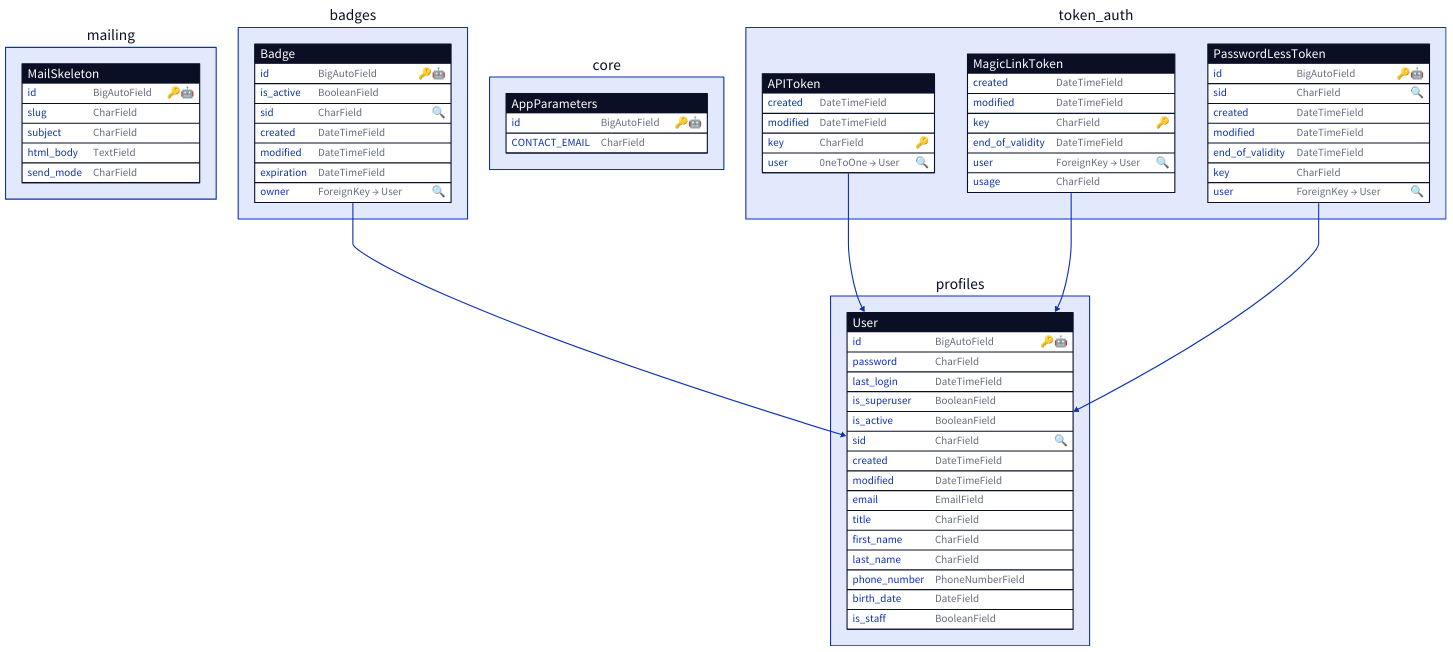
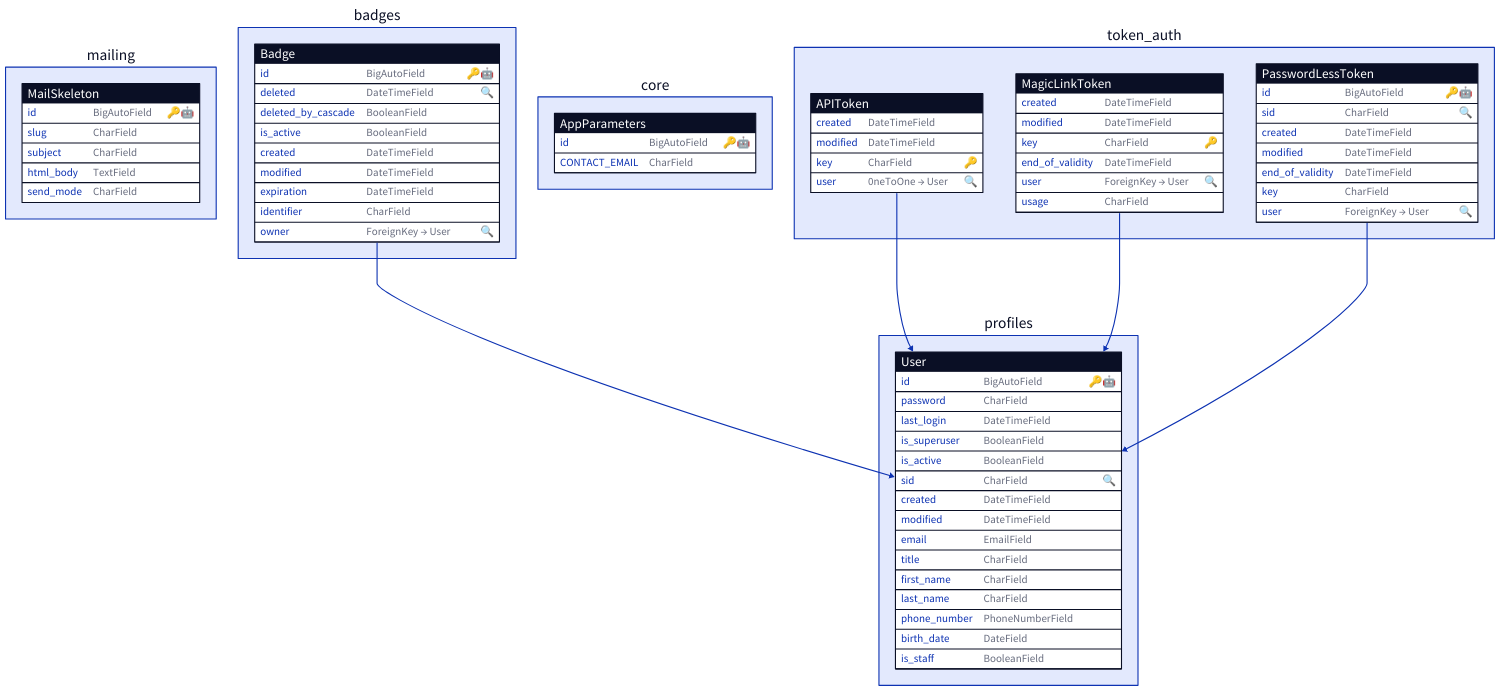
One commit to ddahan/mason-dj changed the diagram in docs/diagram.d2. Above: the diagram before and after it, drawn with D2. The commit also changed 24 other files, not shown here.

```diff
--- a/docs/diagram.d2
+++ b/docs/diagram.d2
@@ -1,86 +1,88 @@
 profiles: {
   User: {
     shape: sql_table
     id: BigAutoField {constraint: 🔑🤖}
     password: CharField 
     last_login: DateTimeField 
     is_superuser: BooleanField 
     is_active: BooleanField 
     sid: CharField {constraint: 🔍}
     created: DateTimeField 
     modified: DateTimeField 
     email: EmailField 
     title: CharField 
     first_name: CharField 
     last_name: CharField 
     phone_number: PhoneNumberField 
     birth_date: DateField 
     is_staff: BooleanField 
   }
   shape: rectangle
 }
 mailing: {
   MailSkeleton: {
     shape: sql_table
     id: BigAutoField {constraint: 🔑🤖}
     slug: CharField 
     subject: CharField 
     html_body: TextField 
     send_mode: CharField 
   }
   shape: rectangle
 }
 badges: {
   Badge: {
     shape: sql_table
     id: BigAutoField {constraint: 🔑🤖}
+    deleted: DateTimeField {constraint: 🔍}
+    deleted_by_cascade: BooleanField 
     is_active: BooleanField 
-    sid: CharField {constraint: 🔍}
     created: DateTimeField 
     modified: DateTimeField 
     expiration: DateTimeField 
+    identifier: CharField 
     owner: ForeignKey → User {constraint: 🔍}
   }
   shape: rectangle
 }
 core: {
   AppParameters: {
     shape: sql_table
     id: BigAutoField {constraint: 🔑🤖}
     CONTACT_EMAIL: CharField 
   }
   shape: rectangle
 }
 token_auth: {
   APIToken: {
     shape: sql_table
     created: DateTimeField 
     modified: DateTimeField 
     key: CharField {constraint: 🔑}
     user: 0neToOne → User {constraint: 🔍}
   }
   MagicLinkToken: {
     shape: sql_table
     created: DateTimeField 
     modified: DateTimeField 
     key: CharField {constraint: 🔑}
     end_of_validity: DateTimeField 
     user: ForeignKey → User {constraint: 🔍}
     usage: CharField 
   }
   PasswordLessToken: {
     shape: sql_table
     id: BigAutoField {constraint: 🔑🤖}
     sid: CharField {constraint: 🔍}
     created: DateTimeField 
     modified: DateTimeField 
     end_of_validity: DateTimeField 
     key: CharField 
     user: ForeignKey → User {constraint: 🔍}
   }
   shape: rectangle
 }
 badges.Badge -> profiles.User
 token_auth.APIToken -> profiles.User
 token_auth.MagicLinkToken -> profiles.User
 token_auth.PasswordLessToken -> profiles.User
```
